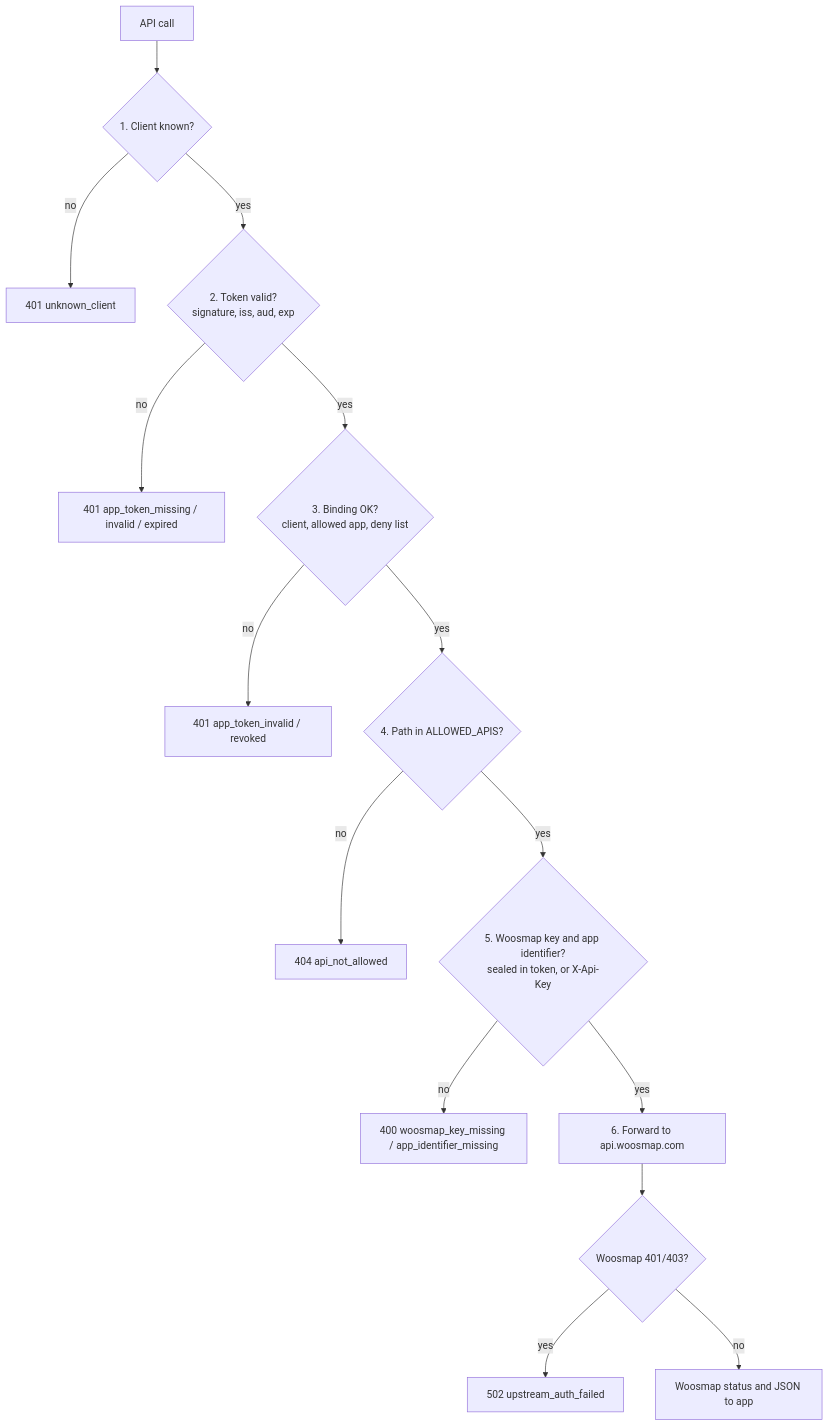
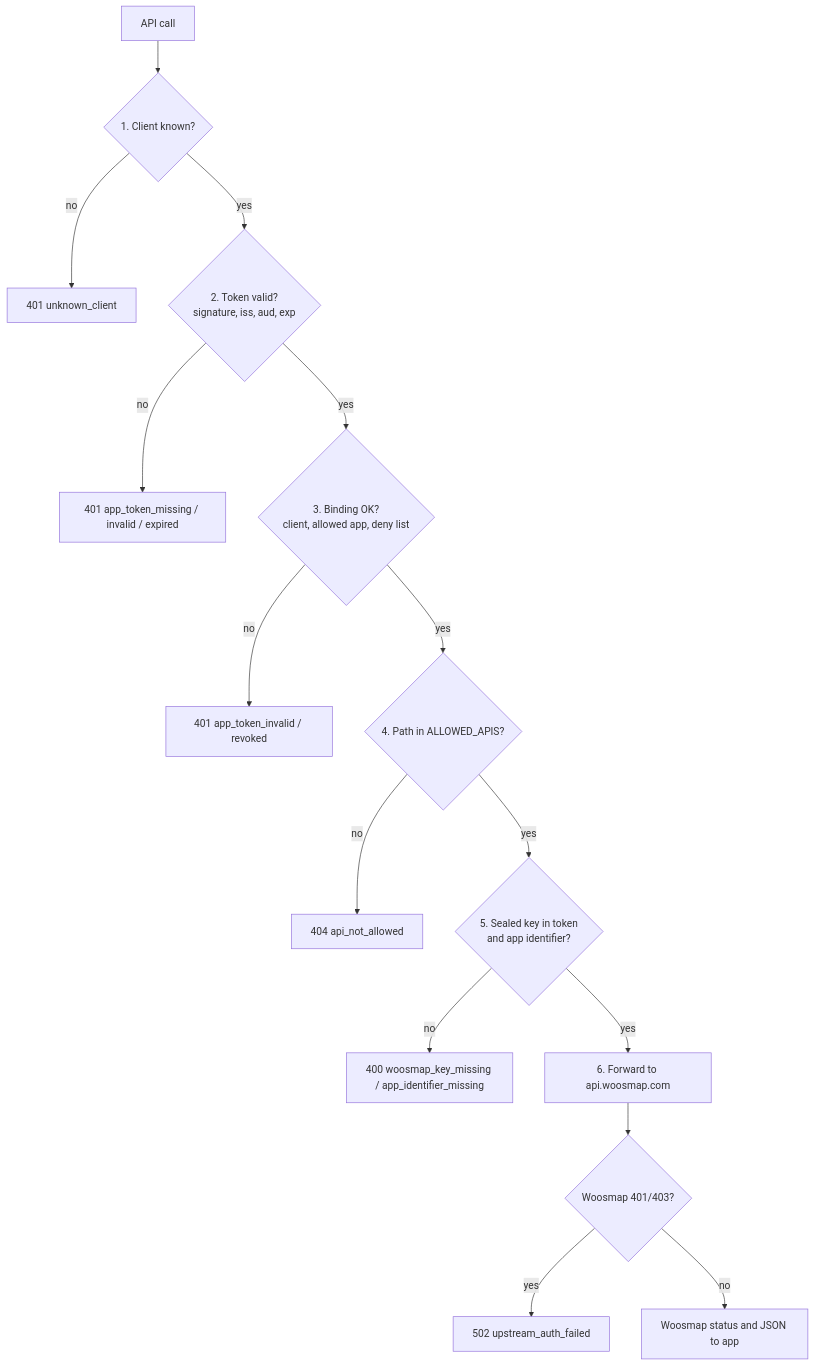
The second of 2 diagrams in docs/architecture.md (sameerdhulap/attestation), drawn with Mermaid before and after one commit. The commit also changed other lines of this file and 7 other files, not shown here.

First line of the commit message:
Take the Woosmap key only from the app token

````diff
--- a/docs/architecture.md
+++ b/docs/architecture.md
@@ -81,17 +81,17 @@
 ```mermaid
 flowchart TD
     A[API call] --> B{1. Client known?}
     B -- no --> R1[401 unknown_client]
     B -- yes --> C{2. Token valid?<br/>signature, iss, aud, exp}
     C -- no --> R2[401 app_token_missing / invalid / expired]
     C -- yes --> D{3. Binding OK?<br/>client, allowed app, deny list}
     D -- no --> R3[401 app_token_invalid / revoked]
     D -- yes --> E{4. Path in ALLOWED_APIS?}
     E -- no --> R4[404 api_not_allowed]
-    E -- yes --> F{5. Woosmap key and app identifier?<br/>sealed in token, or X-Api-Key}
+    E -- yes --> F{5. Sealed key in token<br/>and app identifier?}
     F -- no --> R5[400 woosmap_key_missing / app_identifier_missing]
     F -- yes --> G[6. Forward to api.woosmap.com]
     G --> H{Woosmap 401/403?}
     H -- yes --> R6[502 upstream_auth_failed]
     H -- no --> I[Woosmap status and JSON to app]
 ```
````
